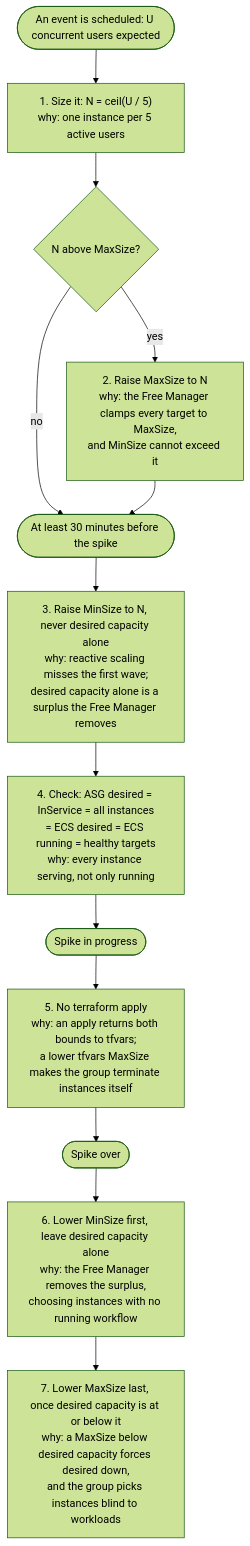
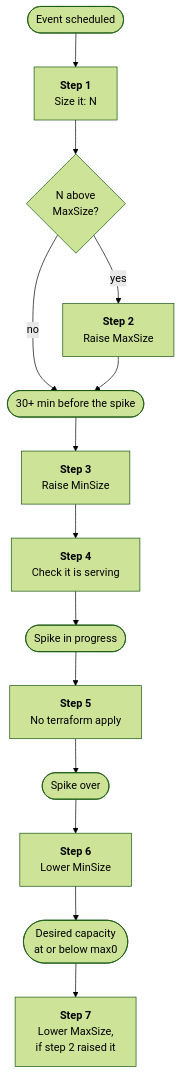
One commit to arayabrain/araya-optinist changed the diagram in infrastructure/documentation/FREE_TIER_PREPROVISIONING_RUNBOOK.md. Above: the diagram before and after it, drawn with Mermaid (forest theme). The commit also changed other lines of this file, not shown here.

Commit message:
Make the runbook's flow diagram readable at a glance (#890):
- Each box carries the step number and a short name only; the long labels made the boxes wide, and the diagram rendered scaled down
- The reasons move to a table under the diagram, one row per step, with the action in full

````diff
--- a/infrastructure/documentation/FREE_TIER_PREPROVISIONING_RUNBOOK.md
+++ b/infrastructure/documentation/FREE_TIER_PREPROVISIONING_RUNBOOK.md
@@ -26,15 +28,16 @@
 ```mermaid
 flowchart TD
-    T1(["An event is scheduled: U concurrent users expected"]) --> S["1. Size it: N = ceil(U / 5)<br/>why: one instance per 5 active users"]
-    S --> C{"N above MaxSize?"}
-    C -- yes --> M["2. Raise MaxSize to N<br/>why: the Free Manager clamps every target to MaxSize,<br/>and MinSize cannot exceed it"]
-    C -- no --> T2
-    M --> T2(["At least 30 minutes before the spike"])
-    T2 --> F["3. Raise MinSize to N, never desired capacity alone<br/>why: reactive scaling misses the first wave;<br/>desired capacity alone is a surplus the Free Manager removes"]
-    F --> K["4. Check: ASG desired = InService = all instances<br/>= ECS desired = ECS running = healthy targets<br/>why: every instance serving, not only running"]
-    K --> T3(["Spike in progress"])
-    T3 --> H["5. No terraform apply<br/>why: an apply returns both bounds to tfvars;<br/>a lower tfvars MaxSize makes the group terminate instances itself"]
-    H --> T4(["Spike over"])
-    T4 --> R["6. Lower MinSize first, leave desired capacity alone<br/>why: the Free Manager removes the surplus,<br/>choosing instances with no running workflow"]
-    R --> X["7. Lower MaxSize last, once desired capacity is at or below it<br/>why: a MaxSize below desired capacity forces desired down,<br/>and the group picks instances blind to workloads"]
+    E1(["Event scheduled"]) --> S1["<b>Step 1</b><br/>Size it: N"]
+    S1 --> Q{"N above<br/>MaxSize?"}
+    Q -- yes --> S2["<b>Step 2</b><br/>Raise MaxSize"]
+    Q -- no --> E2
+    S2 --> E2(["30+ min before the spike"])
+    E2 --> S3["<b>Step 3</b><br/>Raise MinSize"]
+    S3 --> S4["<b>Step 4</b><br/>Check it is serving"]
+    S4 --> E3(["Spike in progress"])
+    E3 --> S5["<b>Step 5</b><br/>No terraform apply"]
+    S5 --> E4(["Spike over"])
+    E4 --> S6["<b>Step 6</b><br/>Lower MinSize"]
+    S6 --> E5(["Desired capacity<br/>at or below max0"])
+    E5 --> S7["<b>Step 7</b><br/>Lower MaxSize,<br/>if step 2 raised it"]
 ```
````
